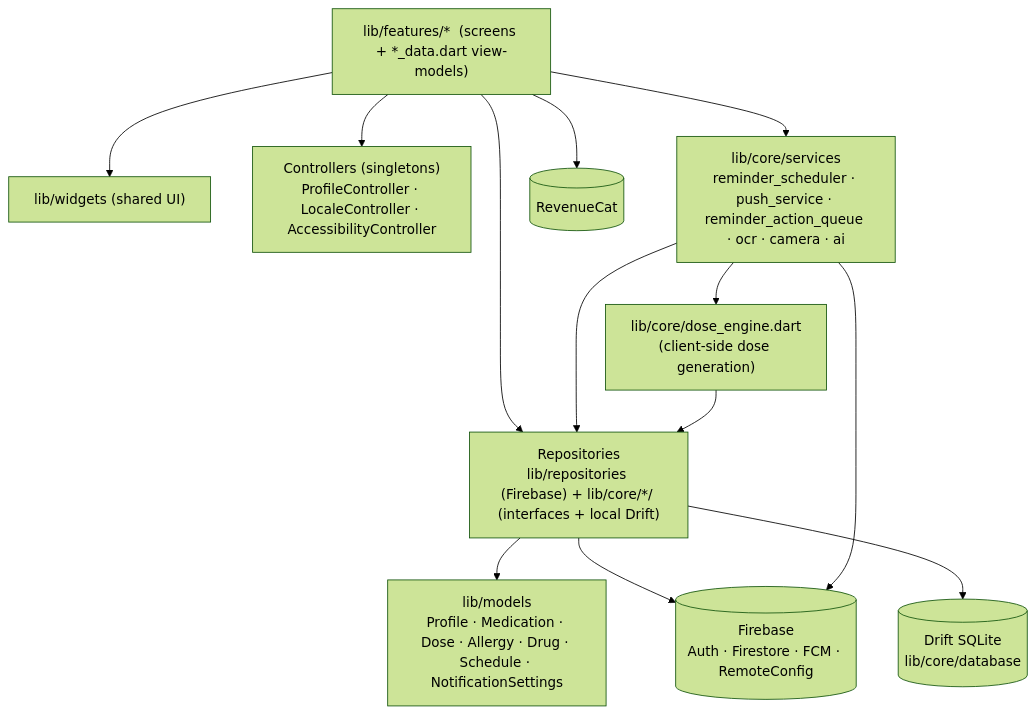
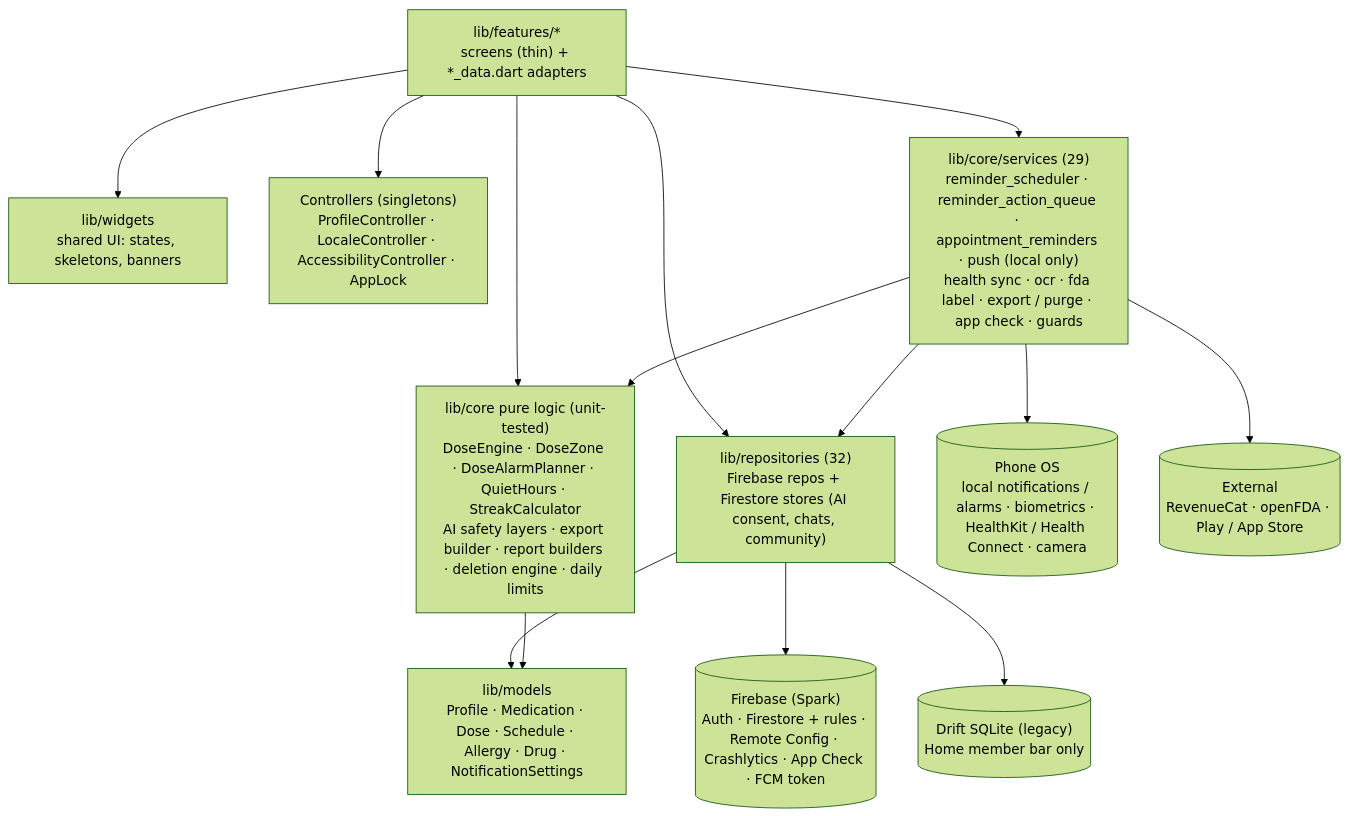
The first of 2 diagrams in graphify/architecture.md (hammadraza-hub/MED_REMINDER), drawn with Mermaid (forest theme) before and after one commit. The commit also changed other lines of this file and 13 other files, not shown here.

First line of the commit message:
M23 (Spark): Graphify architecture update

````diff
--- a/graphify/architecture.md
+++ b/graphify/architecture.md
@@ -7,25 +9,27 @@
 ```mermaid
 flowchart TD
-  UI["lib/features/*  (screens + *_data.dart view-models)"]
-  W["lib/widgets  (shared UI)"]
-  CTRL["Controllers (singletons)<br/>ProfileController · LocaleController · AccessibilityController"]
-  SVC["lib/core/services<br/>reminder_scheduler · push_service · reminder_action_queue · ocr · camera · ai"]
-  ENG["lib/core/dose_engine.dart<br/>(client-side dose generation)"]
-  REPO["Repositories<br/>lib/repositories (Firebase) + lib/core/*/ (interfaces + local Drift)"]
-  MODEL["lib/models<br/>Profile · Medication · Dose · Allergy · Drug · Schedule · NotificationSettings"]
-  FB[("Firebase<br/>Auth · Firestore · FCM · RemoteConfig")]
-  DB[("Drift SQLite<br/>lib/core/database")]
-  RC[("RevenueCat")]
+  UI["lib/features/*<br/>screens (thin) + *_data.dart adapters"]
+  W["lib/widgets<br/>shared UI: states, skeletons, banners"]
+  CTRL["Controllers (singletons)<br/>ProfileController · LocaleController · AccessibilityController · AppLock"]
+  PURE["lib/core pure logic (unit-tested)<br/>DoseEngine · DoseZone · DoseAlarmPlanner · QuietHours · StreakCalculator<br/>AI safety layers · export builder · report builders · deletion engine · daily limits"]
+  SVC["lib/core/services (29)<br/>reminder_scheduler · reminder_action_queue · appointment_reminders · push (local only)<br/>health sync · ocr · fda label · export / purge · app check · guards"]
+  REPO["lib/repositories (32)<br/>Firebase repos + Firestore stores (AI consent, chats, community)"]
+  MODEL["lib/models<br/>Profile · Medication · Dose · Schedule · Allergy · Drug · NotificationSettings"]
+  FB[("Firebase (Spark)<br/>Auth · Firestore + rules · Remote Config · Crashlytics · App Check · FCM token")]
+  OS[("Phone OS<br/>local notifications / alarms · biometrics · HealthKit / Health Connect · camera")]
+  EXT[("External<br/>RevenueCat · openFDA · Play / App Store")]
+  DB[("Drift SQLite (legacy)<br/>Home member bar only")]
   UI --> W
   UI --> CTRL
   UI --> REPO
   UI --> SVC
-  SVC --> ENG
+  UI --> PURE
+  SVC --> PURE
   SVC --> REPO
-  ENG --> REPO
+  SVC --> OS
   REPO --> MODEL
   REPO --> FB
   REPO --> DB
-  SVC --> FB
-  UI --> RC
+  SVC --> EXT
+  PURE --> MODEL
 ```
````
